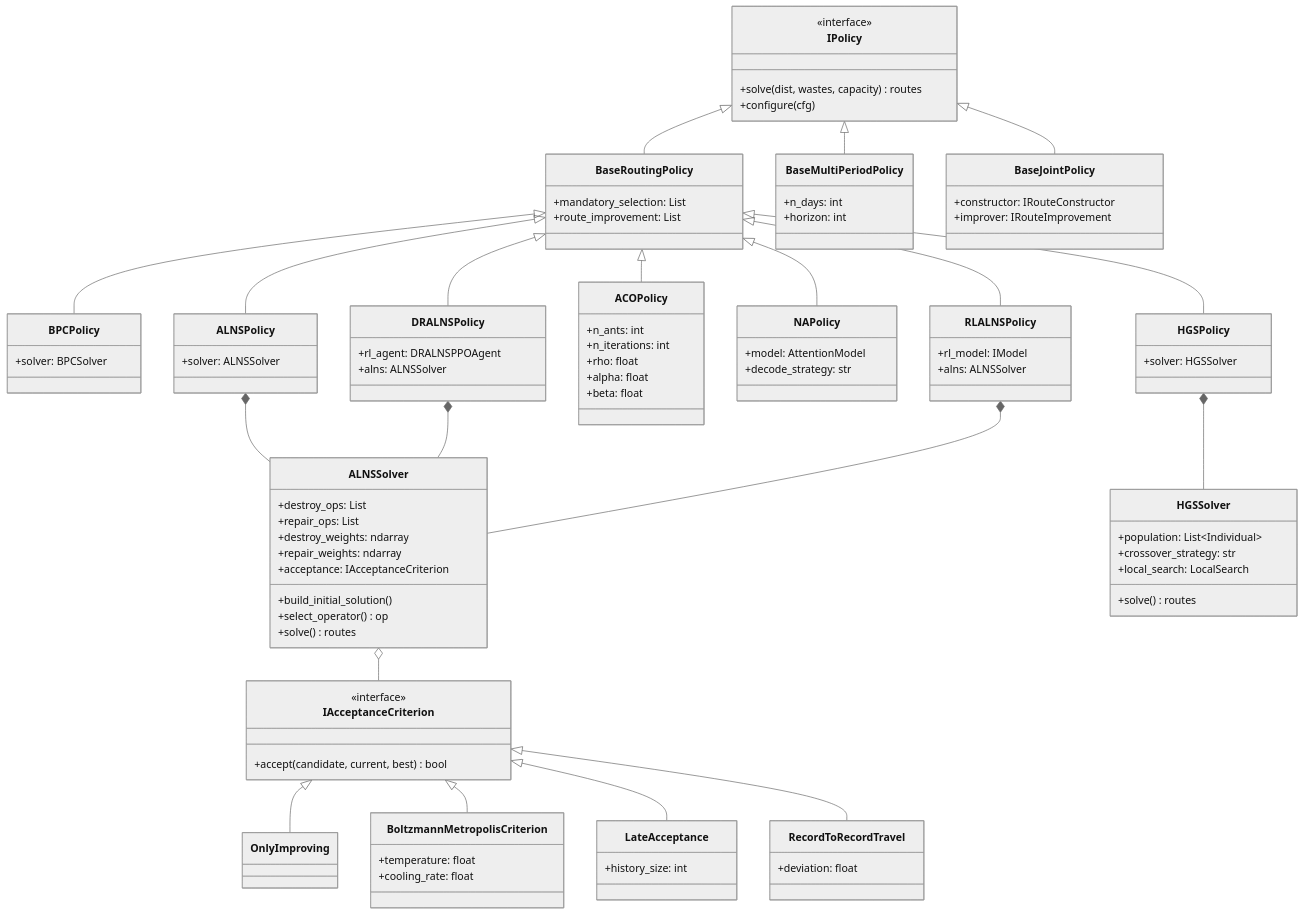
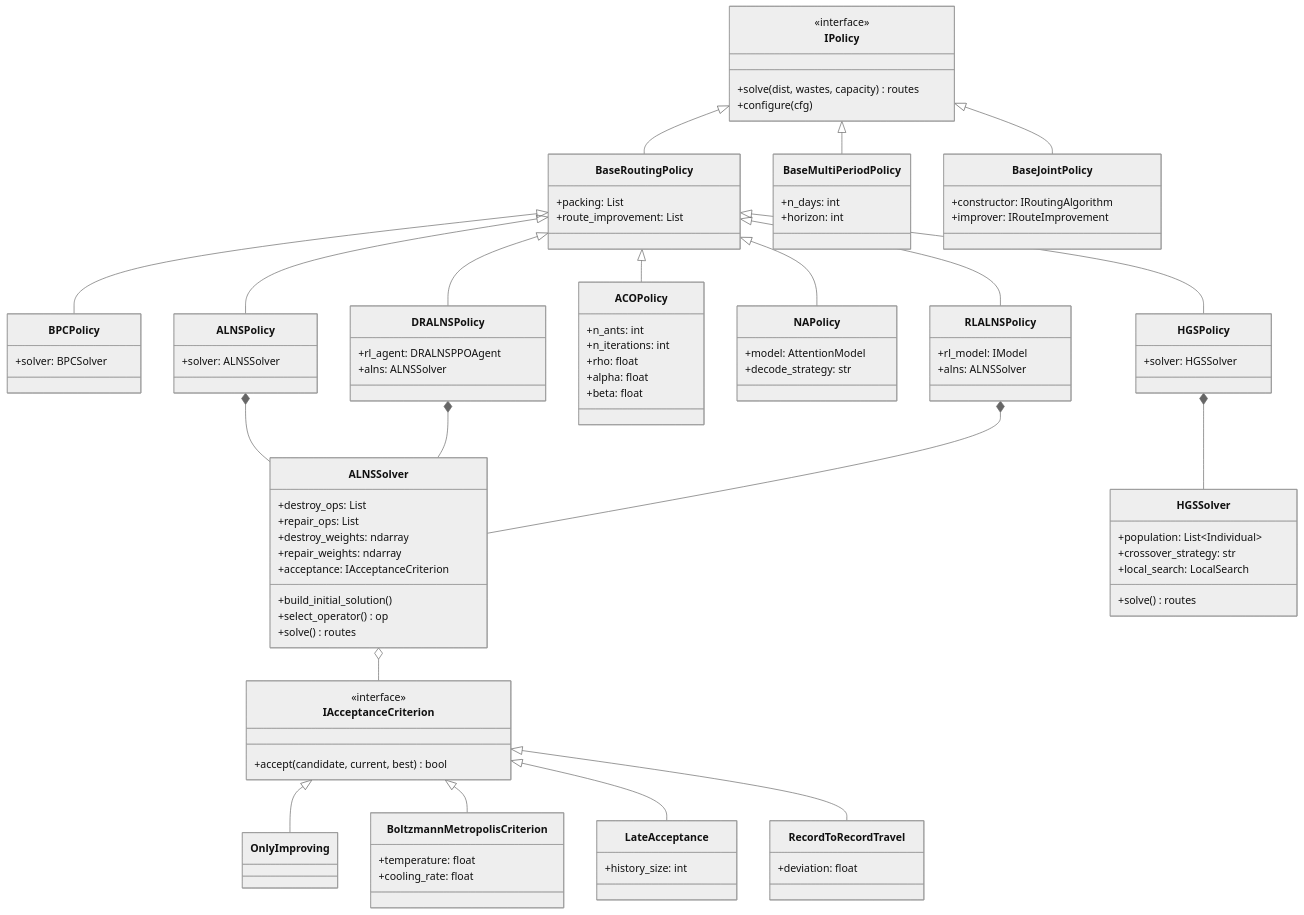
The fourth of 11 diagrams in docs/moon/ARCHITECTURE.md (ACFHarbinger/WSmart-RoutePlus), drawn with Mermaid (neutral theme) before and after one commit. The commit also changed other lines of this file and 58 other files, not shown here.

First line of the commit message:
docs: call mandatory selection packing and route constructors routing algorithms

```diff
--- a/docs/moon/ARCHITECTURE.md
+++ b/docs/moon/ARCHITECTURE.md
@@ -265,7 +265,7 @@
         +configure(cfg)
     }
     class BaseRoutingPolicy {
-        +mandatory_selection: List
+        +packing: List
         +route_improvement: List
     }
     class BaseMultiPeriodPolicy {
@@ -273,7 +273,7 @@
         +horizon: int
     }
     class BaseJointPolicy {
-        +constructor: IRouteConstructor
+        +constructor: IRoutingAlgorithm
         +improver: IRouteImprovement
     }
 
```
